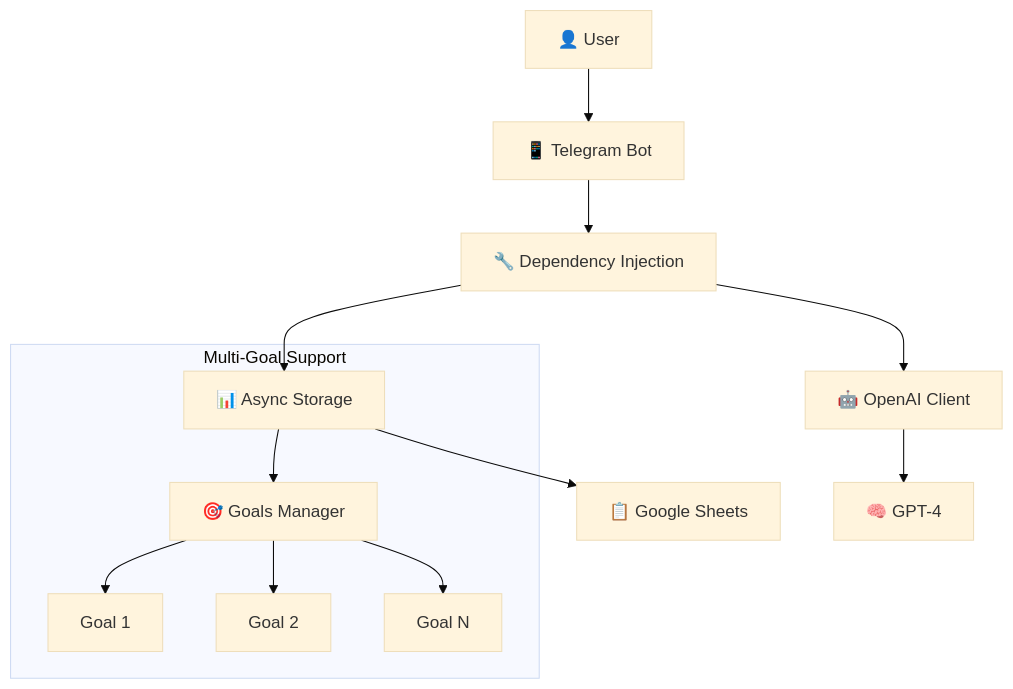
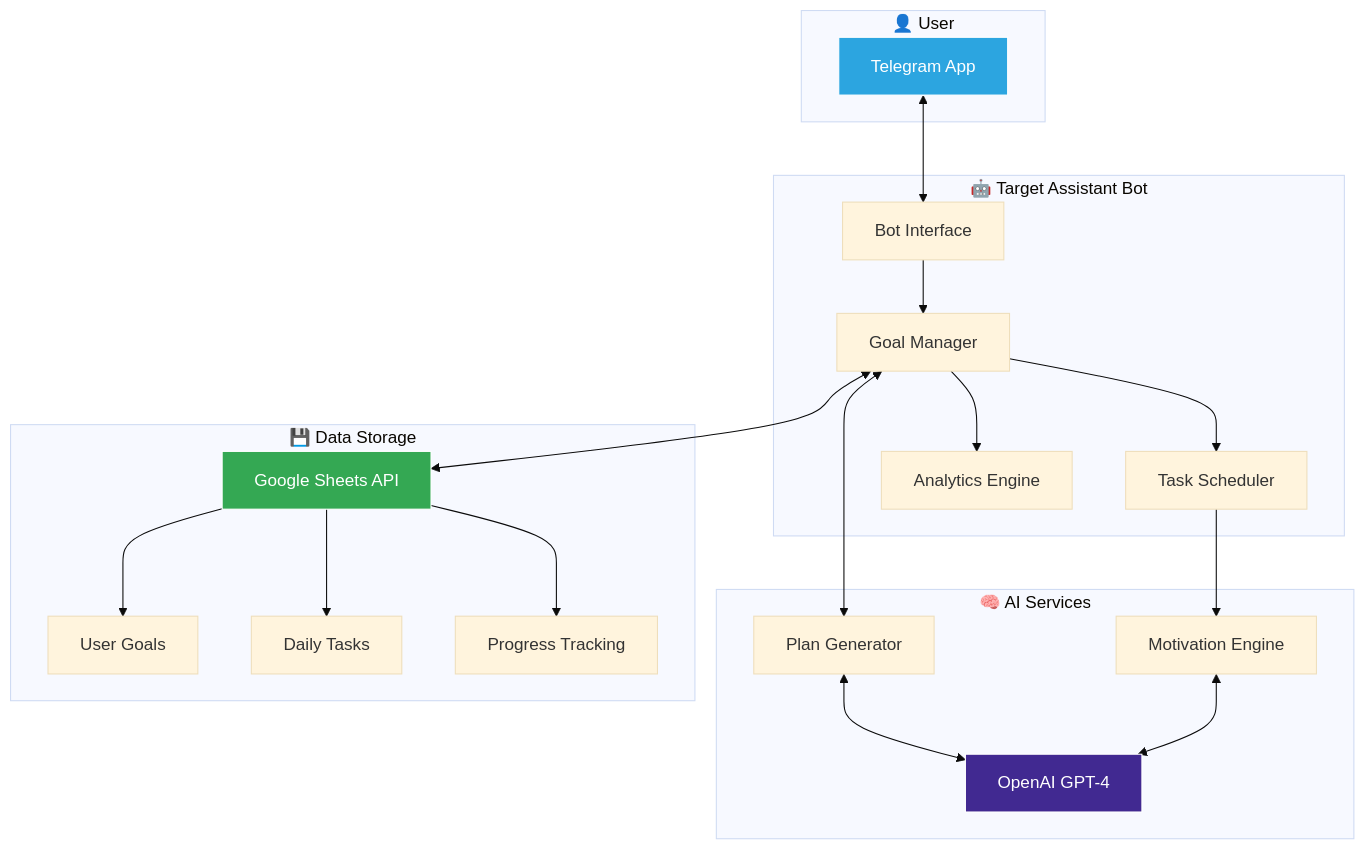
The first of 2 diagrams in README_EN.md (bivlked/target-assistant-bot), drawn with Mermaid (base theme) before and after one commit. The commit also changed other lines of this file and 11 other files, not shown here.

Commit message:
docs: Complete documentation overhaul for v0.2.3 (Stage 3) - Redesigned README.md with modern GitHub best practices, created FAQ.md, examples.md, google_sheets_setup.md, updated README_EN.md, enhanced CHANGELOG.md, organized documentation structure

````diff
--- a/README_EN.md
+++ b/README_EN.md
@@ -169,16 +130,43 @@
 ```mermaid
 graph TB
-    User[👤 User] --> TG[📱 Telegram Bot]
-    TG --> DI[🔧 Dependency Injection]
-    DI --> Storage[📊 Async Storage]
-    DI --> LLM[🤖 OpenAI Client]
-    Storage --> Sheets[📋 Google Sheets]
-    LLM --> AI[🧠 GPT-4]
+    subgraph "👤 User"
+        A[Telegram App]
+    end
     
-    subgraph "Multi-Goal Support"
-        Storage --> Goals[🎯 Goals Manager]
-        Goals --> G1[Goal 1]
-        Goals --> G2[Goal 2]
-        Goals --> GN[Goal N]
+    subgraph "🤖 Target Assistant Bot"
+        B[Bot Interface]
+        C[Goal Manager]
+        D[Task Scheduler]
+        E[Analytics Engine]
     end
+    
+    subgraph "🧠 AI Services"
+        F[OpenAI GPT-4]
+        G[Plan Generator]
+        H[Motivation Engine]
+    end
+    
+    subgraph "💾 Data Storage"
+        I[Google Sheets API]
+        J[User Goals]
+        K[Daily Tasks]
+        L[Progress Tracking]
+    end
+    
+    A <--> B
+    B --> C
+    C --> D
+    C --> E
+    C <--> G
+    G <--> F
+    H <--> F
+    D --> H
+    C <--> I
+    I --> J
+    I --> K
+    I --> L
+    
+    style A fill:#2CA5E0,stroke:#fff,color:#fff
+    style F fill:#412991,stroke:#fff,color:#fff
+    style I fill:#34A853,stroke:#fff,color:#fff
 ```
````
